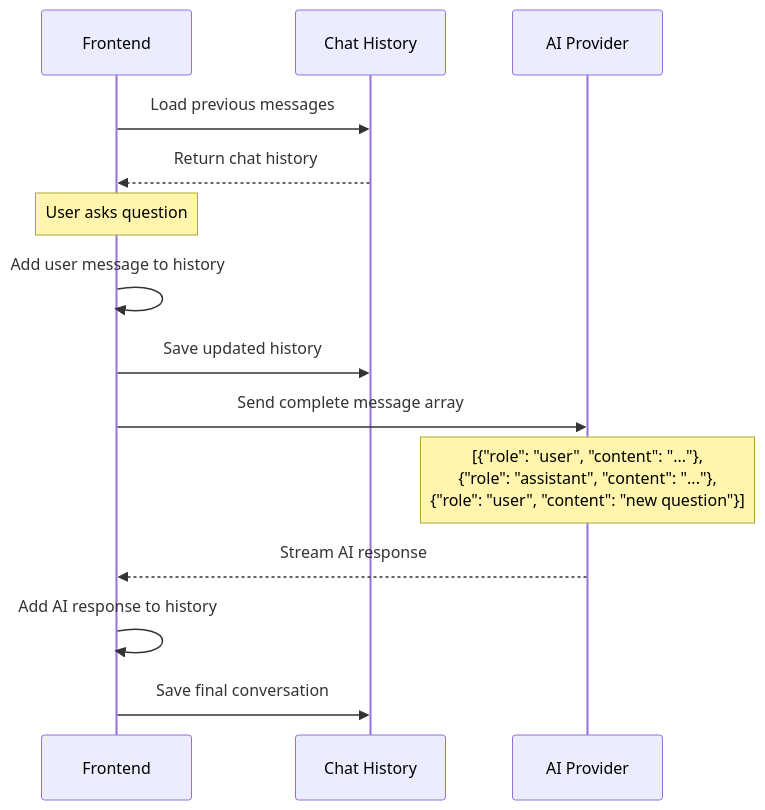
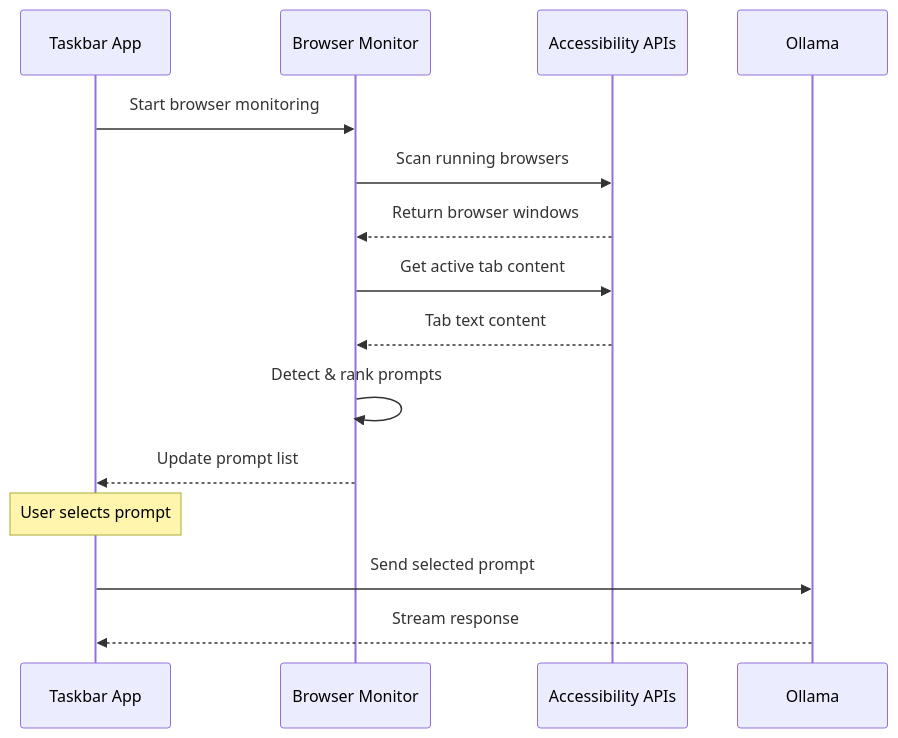
Before and after one commit to yeager620/savant-ai: the second of 2 diagrams in README.md, drawn with Mermaid. The commit also changed other lines of this file and 16 other files, not shown here.

````diff
--- a/README.md
+++ b/README.md
@@ -61,20 +51,19 @@
 ```mermaid
 sequenceDiagram
-    participant UI as Frontend
-    participant HIST as Chat History
-    participant LLM as AI Provider
+    participant UI as Taskbar App
+    participant MON as Browser Monitor
+    participant ACC as Accessibility APIs
+    participant LLM as Ollama
     
-    UI->>HIST: Load previous messages
-    HIST-->>UI: Return chat history
+    UI->>MON: Start browser monitoring
+    MON->>ACC: Scan running browsers
+    ACC-->>MON: Return browser windows
+    MON->>ACC: Get active tab content
+    ACC-->>MON: Tab text content
+    MON->>MON: Detect & rank prompts
+    MON-->>UI: Update prompt list
     
-    Note over UI: User asks question
-    UI->>UI: Add user message to history
-    UI->>HIST: Save updated history
-    UI->>LLM: Send complete message array
-    
-    Note over LLM: [{"role": "user", "content": "..."}, <br/>{"role": "assistant", "content": "..."}, <br/>{"role": "user", "content": "new question"}]
-    
-    LLM-->>UI: Stream AI response
-    UI->>UI: Add AI response to history
-    UI->>HIST: Save final conversation
+    Note over UI: User selects prompt
+    UI->>LLM: Send selected prompt
+    LLM-->>UI: Stream response
 ```
````
